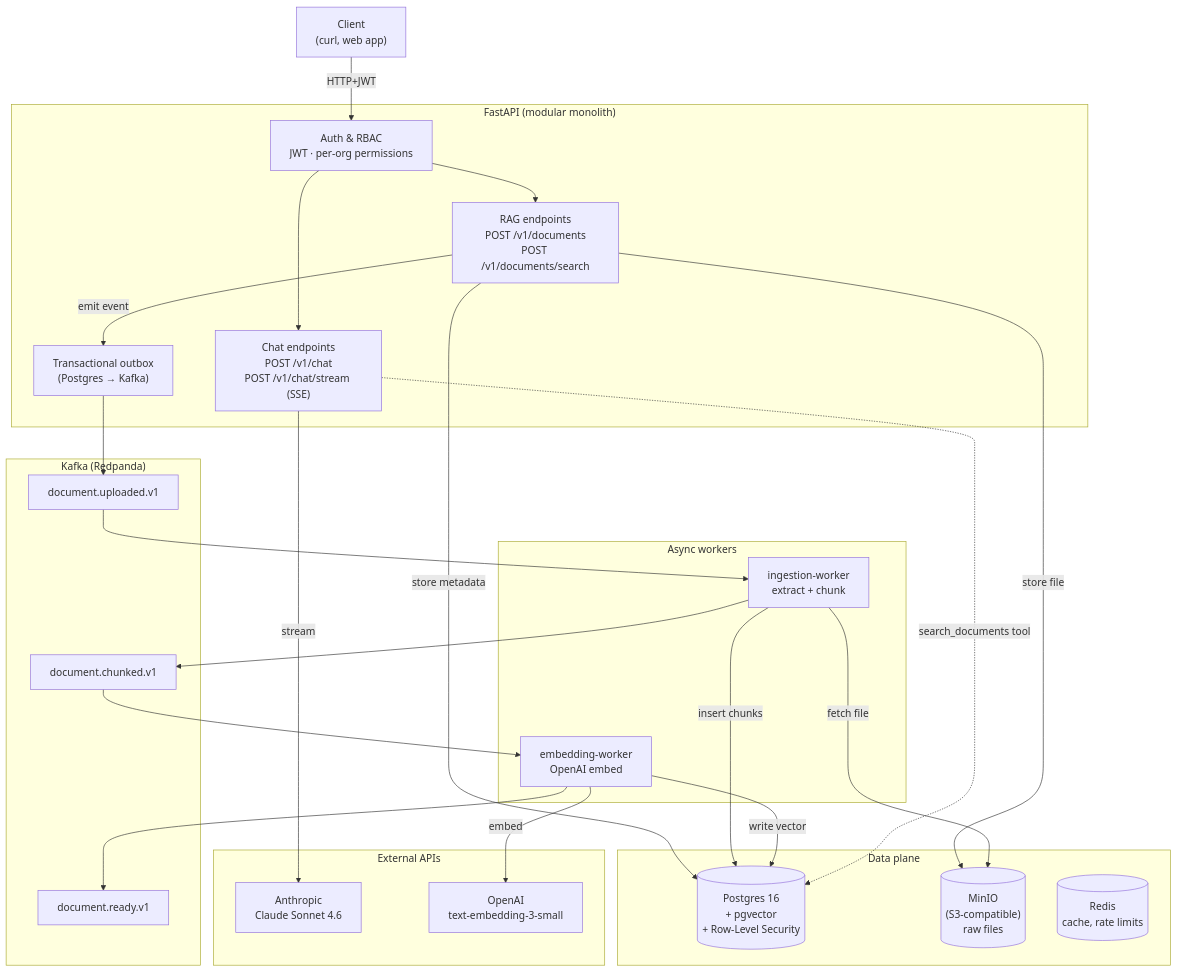
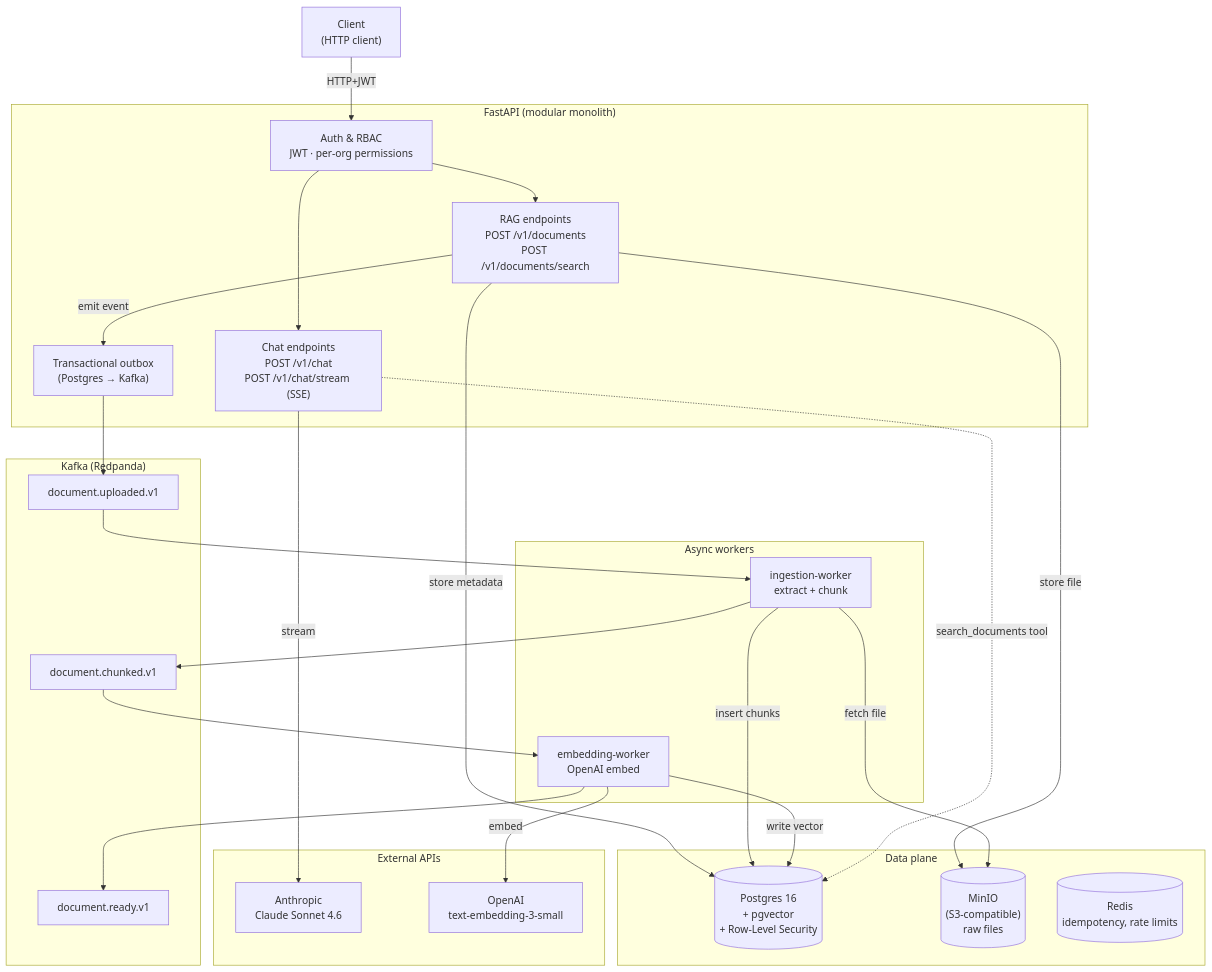
The diagram in README.md (Anne07-Ai/enterprise-ai-platform), drawn with Mermaid before and after one commit. The commit also changed other lines of this file and 30 other files, not shown here.

````diff
--- a/README.md
+++ b/README.md
@@ -55,55 +25,55 @@
 ```mermaid
 flowchart TB
-    client["Client<br/>(curl, web app)"]
+    client["Client<br/>(HTTP client)"]
 
     subgraph api["FastAPI (modular monolith)"]
         auth["Auth & RBAC<br/>JWT · per-org permissions"]
         rag_api["RAG endpoints<br/>POST /v1/documents<br/>POST /v1/documents/search"]
         chat_api["Chat endpoints<br/>POST /v1/chat<br/>POST /v1/chat/stream (SSE)"]
         outbox["Transactional outbox<br/>(Postgres → Kafka)"]
     end
 
     subgraph data["Data plane"]
         postgres[("Postgres 16<br/>+ pgvector<br/>+ Row-Level Security")]
         minio[("MinIO<br/>(S3-compatible)<br/>raw files")]
-        redis[("Redis<br/>cache, rate limits")]
+        redis[("Redis<br/>idempotency, rate limits")]
     end
 
     subgraph kafka["Kafka (Redpanda)"]
         t_uploaded["document.uploaded.v1"]
         t_chunked["document.chunked.v1"]
         t_ready["document.ready.v1"]
     end
 
     subgraph workers["Async workers"]
         ingestion["ingestion-worker<br/>extract + chunk"]
         embedding["embedding-worker<br/>OpenAI embed"]
     end
 
     subgraph external["External APIs"]
         anthropic["Anthropic<br/>Claude Sonnet 4.6"]
         openai["OpenAI<br/>text-embedding-3-small"]
     end
 
     client -->|HTTP+JWT| auth
     auth --> rag_api
     auth --> chat_api
 
     rag_api -->|store metadata| postgres
     rag_api -->|store file| minio
     rag_api -->|emit event| outbox
     outbox --> t_uploaded
 
     t_uploaded --> ingestion
     ingestion -->|fetch file| minio
     ingestion -->|insert chunks| postgres
     ingestion --> t_chunked
 
     t_chunked --> embedding
     embedding -->|embed| openai
     embedding -->|write vector| postgres
     embedding --> t_ready
 
     chat_api -->|stream| anthropic
     chat_api -.->|search_documents tool| postgres
 ```
````
